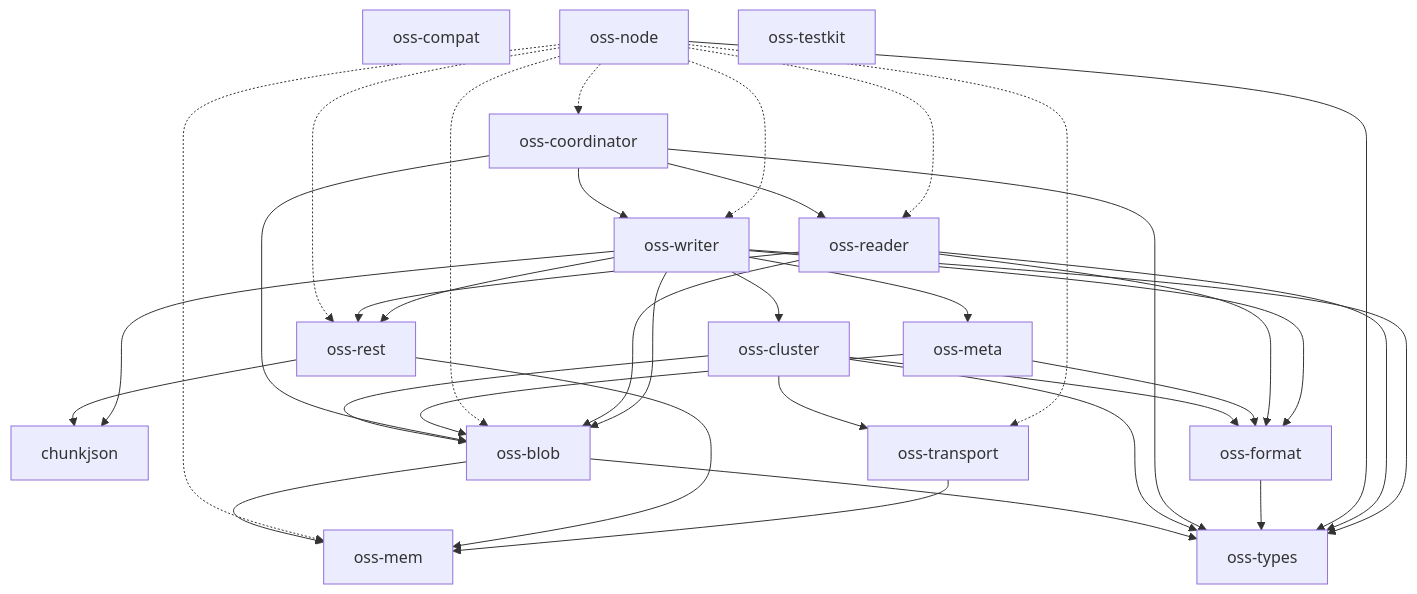
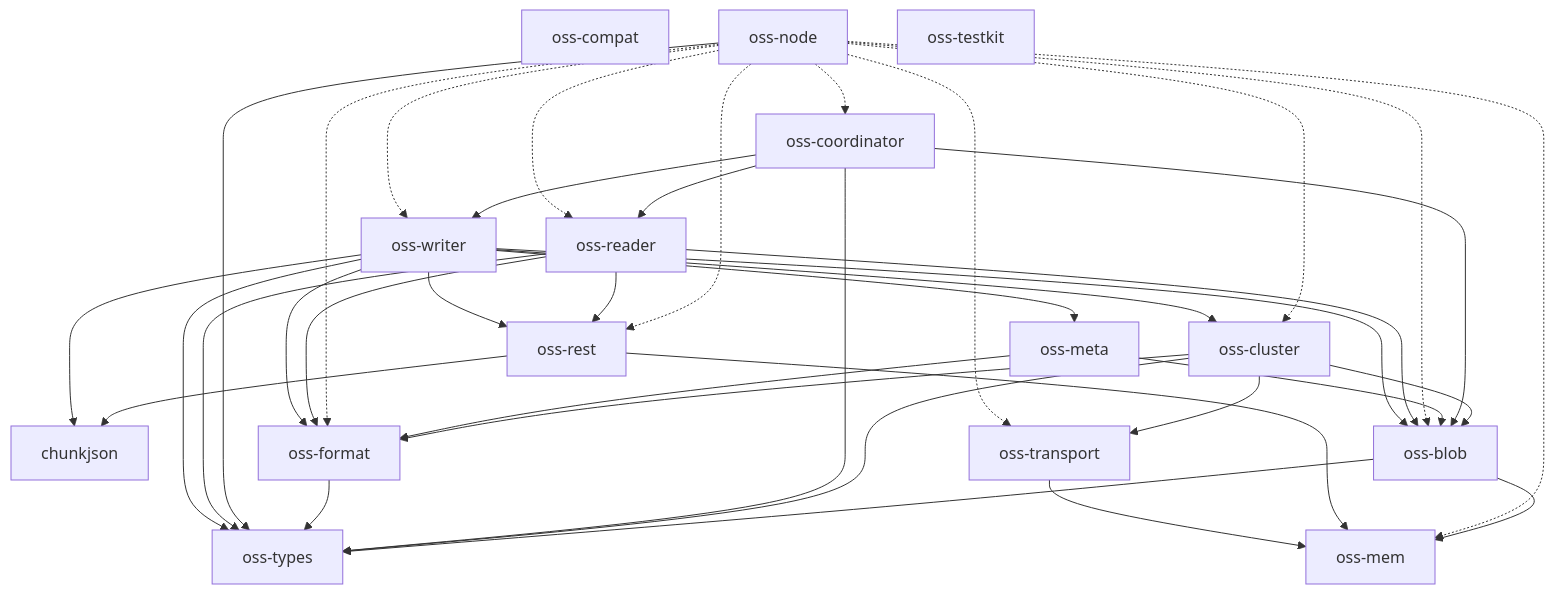
The diagram in docs/architecture.md (huyz0/opensearch-serverless), drawn with Mermaid before and after one commit. The commit also changed 8 other files, not shown here.

````diff
--- a/docs/architecture.md
+++ b/docs/architecture.md
@@ -10,43 +10,45 @@
 ```mermaid
 graph TD
     chunkjson
     oss-blob --> oss-mem
     oss-blob --> oss-types
     oss-cluster --> oss-blob
     oss-cluster --> oss-format
     oss-cluster --> oss-transport
     oss-cluster --> oss-types
     oss-compat
     oss-coordinator --> oss-blob
     oss-coordinator --> oss-reader
     oss-coordinator --> oss-types
     oss-coordinator --> oss-writer
     oss-format --> oss-types
     oss-mem
     oss-meta --> oss-blob
     oss-meta --> oss-format
     oss-node -.-> oss-blob
+    oss-node -.-> oss-cluster
     oss-node -.-> oss-coordinator
+    oss-node -.-> oss-format
     oss-node -.-> oss-mem
     oss-node -.-> oss-reader
     oss-node -.-> oss-rest
     oss-node -.-> oss-transport
     oss-node --> oss-types
     oss-node -.-> oss-writer
     oss-reader --> oss-blob
     oss-reader --> oss-format
     oss-reader --> oss-rest
     oss-reader --> oss-types
     oss-rest --> chunkjson
     oss-rest --> oss-mem
     oss-testkit
     oss-transport --> oss-mem
     oss-types
     oss-writer --> chunkjson
     oss-writer --> oss-blob
     oss-writer --> oss-cluster
     oss-writer --> oss-format
     oss-writer --> oss-meta
     oss-writer --> oss-rest
     oss-writer --> oss-types
 ```
````
